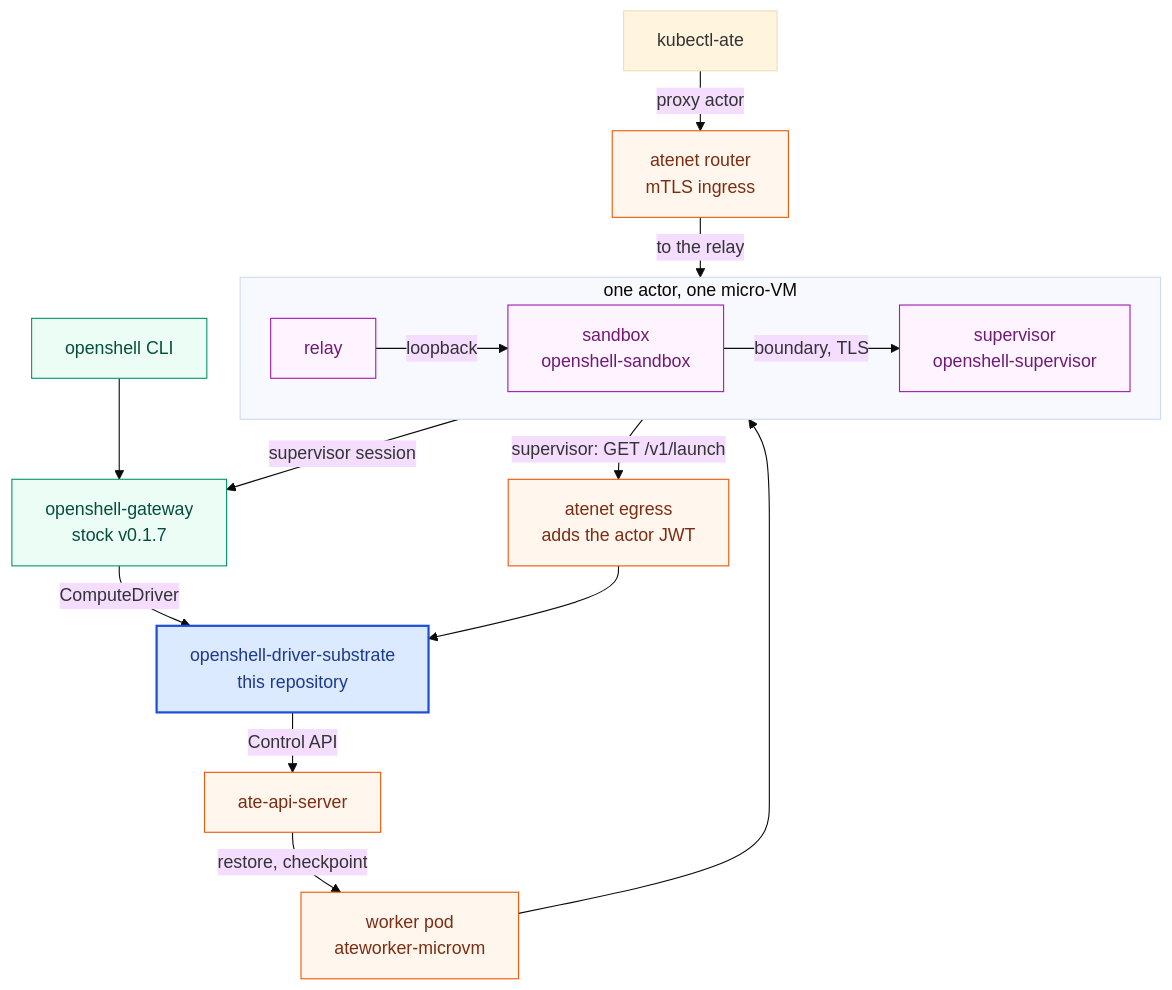
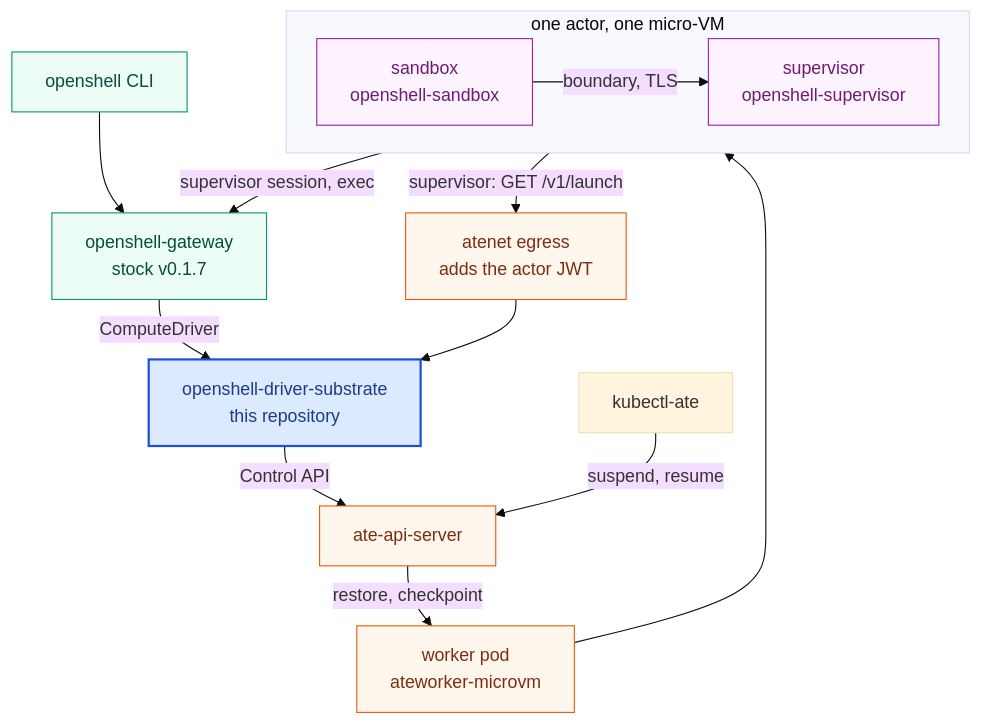
The diagram in README.md (dims/openshell-driver-substrate), drawn with Mermaid (base theme) before and after one commit. The commit also changed other lines of this file and 3 other files, not shown here.

````diff
--- a/README.md
+++ b/README.md
@@ -29,38 +29,36 @@
 ```mermaid
 %%{init: {"flowchart": {"wrappingWidth": 300, "nodeSpacing": 30, "rankSpacing": 30}}}%%
 flowchart TB
   classDef stock fill:#ecfdf5,stroke:#059669,color:#064e3b
   classDef ours fill:#dbeafe,stroke:#1d4ed8,color:#1e3a8a,stroke-width:2px
   classDef sub fill:#fff7ed,stroke:#ea580c,color:#7c2d12
   classDef guest fill:#fdf4ff,stroke:#a21caf,color:#701a75
 
   cli["openshell CLI"]
   kate["kubectl-ate"]
   gw["openshell-gateway<br/>stock v0.1.7"]
   drv["openshell-driver-substrate<br/>this repository"]
   api["ate-api-server"]
   worker["worker pod<br/>ateworker-microvm"]
   egress["atenet egress<br/>adds the actor JWT"]
-  router["atenet router<br/>mTLS ingress"]
 
   subgraph vm["one actor, one micro-VM"]
     direction LR
-    relay["relay"] -- "loopback" --> sbx["sandbox<br/>openshell-sandbox"] -- "boundary, TLS" --> sup["supervisor<br/>openshell-supervisor"]
+    sbx["sandbox<br/>openshell-sandbox"] -- "boundary, TLS" --> sup["supervisor<br/>openshell-supervisor"]
   end
 
   cli --> gw
   gw -- "ComputeDriver" --> drv
   drv -- "Control API" --> api
+  kate -- "suspend, resume" --> api
   api -- "restore, checkpoint" --> worker
   worker --> vm
   vm -- "supervisor: GET /v1/launch" --> egress
   egress --> drv
-  vm -- "supervisor session" --> gw
-  kate -- "proxy actor" --> router
-  router -- "to the relay" --> vm
+  vm -- "supervisor session, exec" --> gw
 
   class cli,gw stock
   class drv ours
-  class api,worker,egress,router sub
-  class relay,sbx,sup guest
+  class api,worker,egress sub
+  class sbx,sup guest
 ```
````
